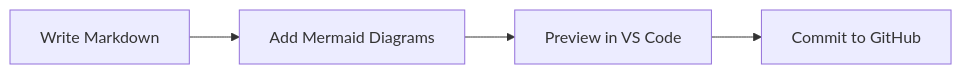
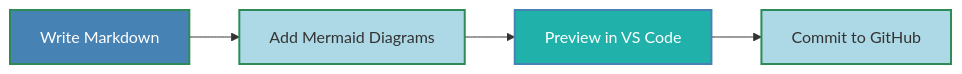
The second of 4 diagrams in README.md (buckeye43210/markdown-to-snowkb), drawn with Mermaid before and after one commit. The commit also changed other lines of this file and 1 other file, not shown here.

````diff
--- a/README.md
+++ b/README.md
@@ -73,6 +78,10 @@
 ```mermaid
 graph LR
     A[Write Markdown] --> B[Add Mermaid Diagrams]
     B --> C[Preview in VS Code]
     C --> D[Commit to GitHub]
-```
+    style A fill:#4682B4,stroke:#2E8B57,stroke-width:2px,color:#FFFFFF
+    style B fill:#ADD8E6,stroke:#2E8B57,stroke-width:2px
+    style C fill:#20B2AA,stroke:#4682B4,stroke-width:2px,color:#FFFFFF
+    style D fill:#ADD8E6,stroke:#2E8B57,stroke-width:2px
+```    
````
